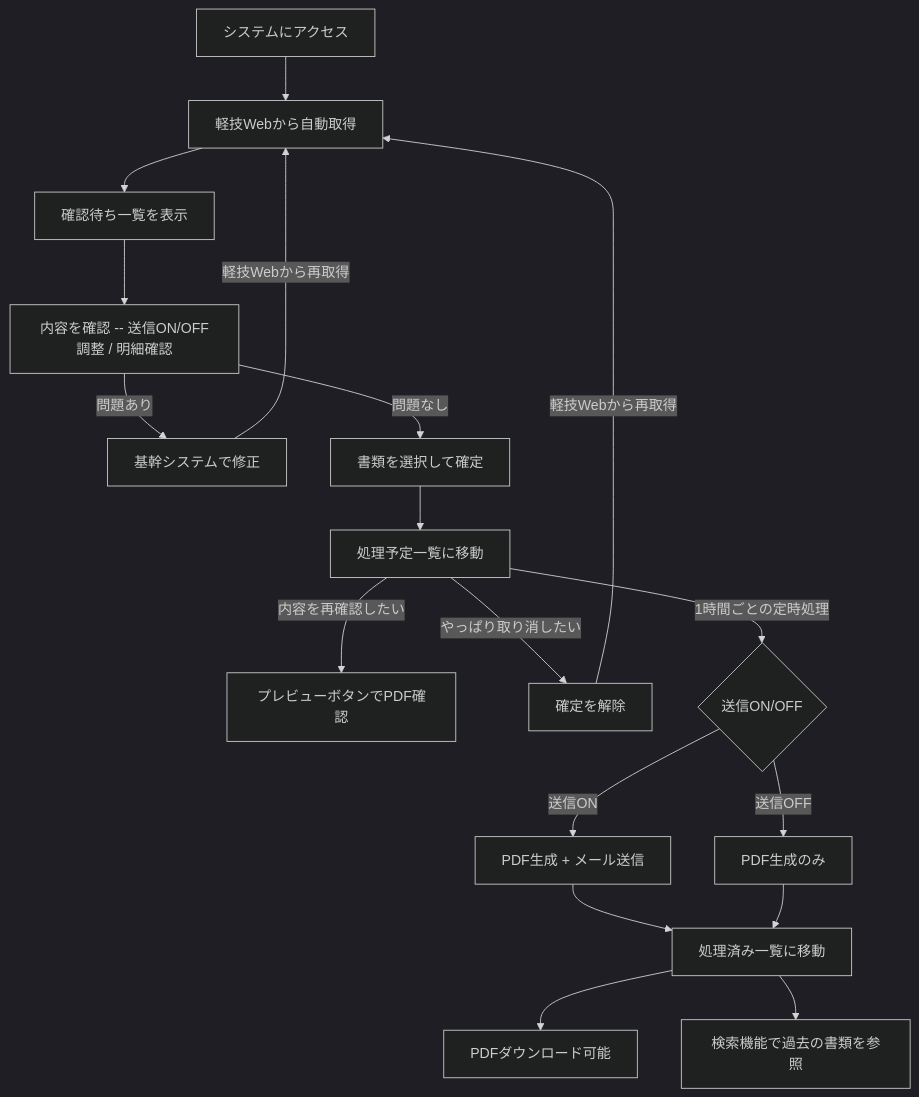
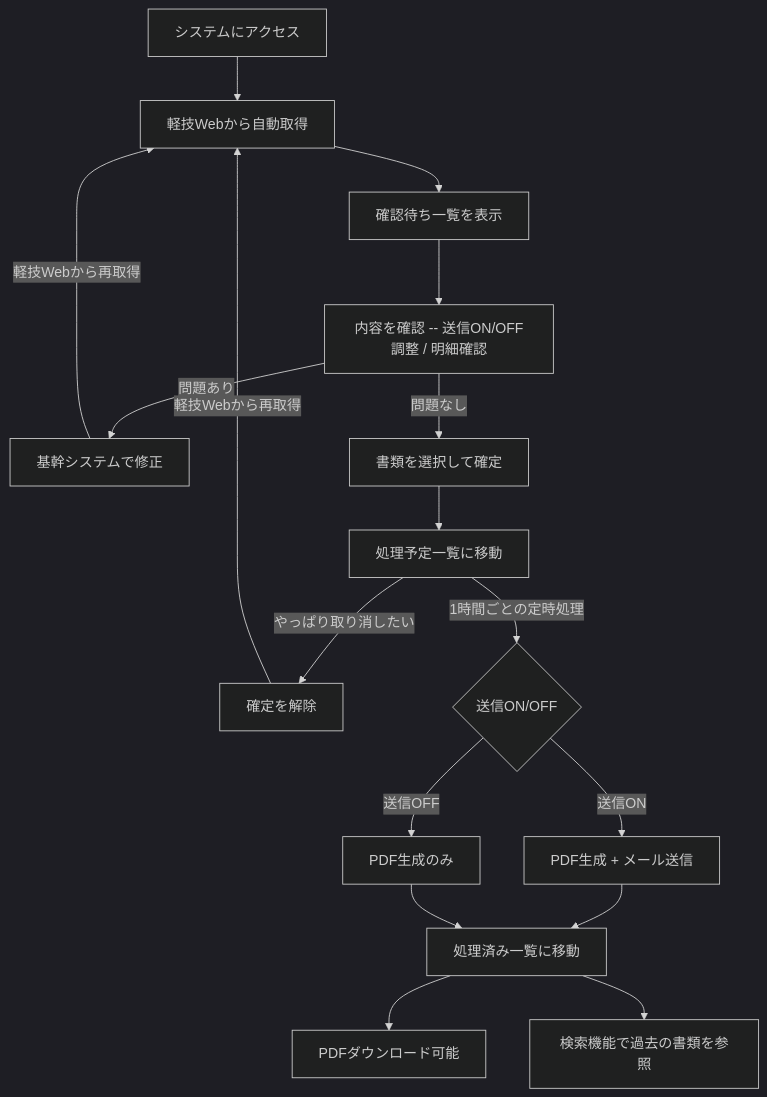
One commit to hogekof/tokaisteel-invoice-delivery-mail-system changed the diagram in minutes/20260406/業務フロー図.md. Above: the diagram before and after it, drawn with Mermaid (dark theme). The commit also changed 1 other file, not shown here.

Commit message:
業務フロー図修正、要件定義Excel更新
- 業務フロー図: プレビューボタンのノード削除、軽技Web取得の順序修正
- 要件定義Excel: D-15追加（メール1通にまとめるか）、ヘッダー「回答メモ」に変更

````diff
--- a/minutes/20260406/業務フロー図.md
+++ b/minutes/20260406/業務フロー図.md
@@ -5,26 +5,25 @@
 ```mermaid
 flowchart TD
     A[システムにアクセス] --> B[軽技Webから自動取得]
     B --> C[確認待ち一覧を表示]
     C --> D[内容を確認 -- 送信ON/OFF調整 / 明細確認]
 
     D --> |問題あり| E[基幹システムで修正]
     E --> |軽技Webから再取得| B
 
     D --> |問題なし| F[書類を選択して確定]
     F --> G[処理予定一覧に移動]
 
-    G --> |内容を再確認したい| H[プレビューボタンでPDF確認]
     G --> |やっぱり取り消したい| I[確定を解除]
     I --> |軽技Webから再取得| B
 
     G --> |1時間ごとの定時処理| J{送信ON/OFF}
     J --> |送信ON| K[PDF生成 + メール送信]
     J --> |送信OFF| L[PDF生成のみ]
 
     K --> M[処理済み一覧に移動]
     L --> M
 
     M --> N[PDFダウンロード可能]
     M --> O[検索機能で過去の書類を参照]
 ```
````
